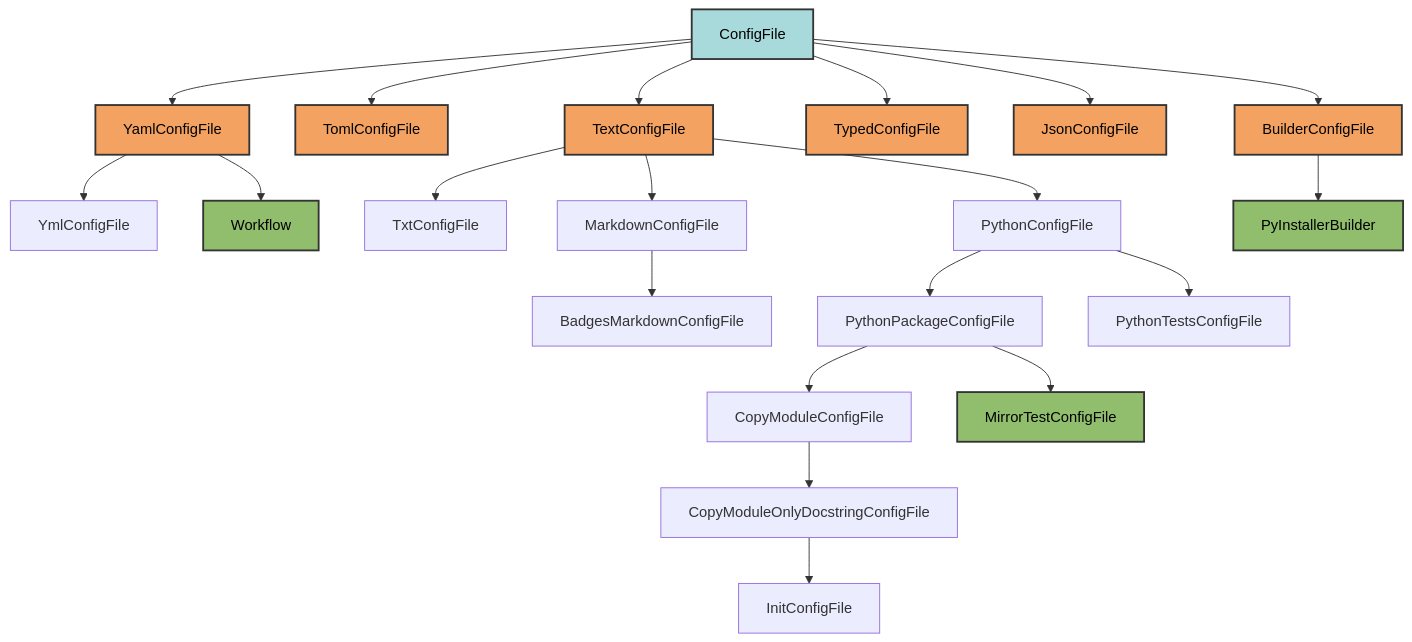
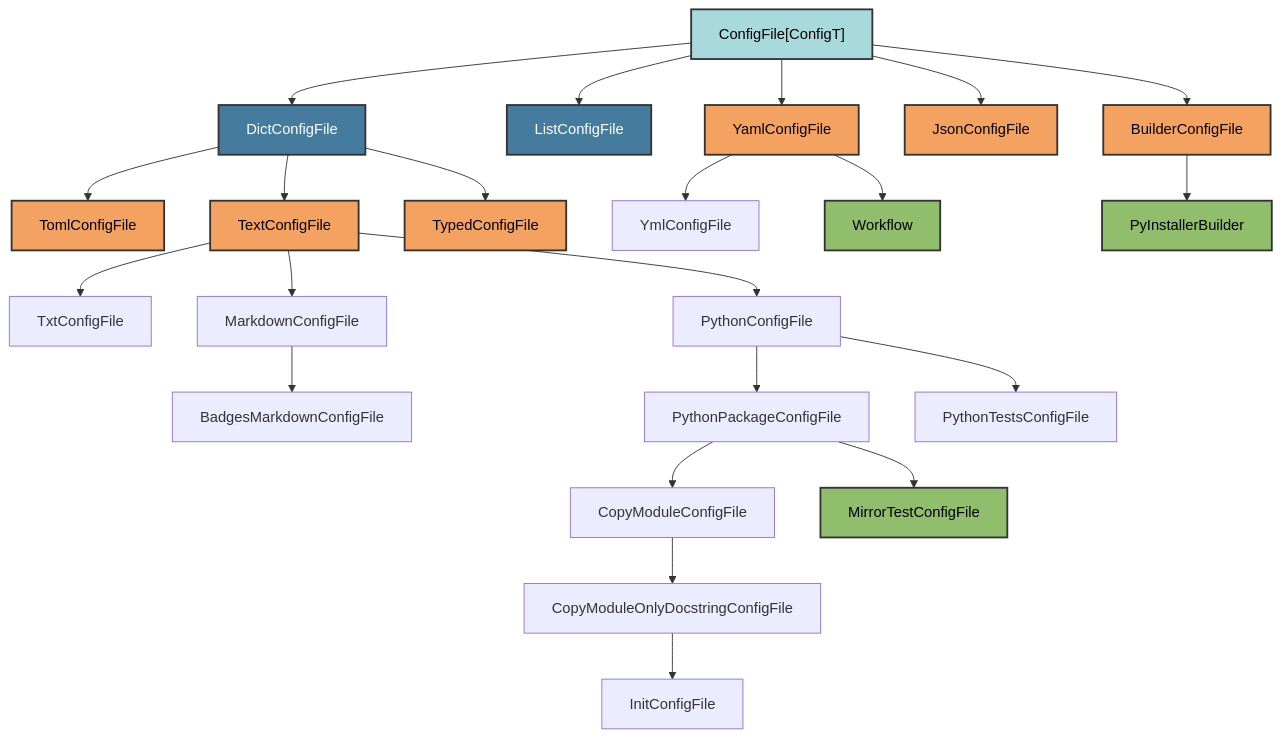
One commit to Winipedia/pyrig changed the first of 3 diagrams in docs/configs/architecture.md. Above: the diagram before and after it, drawn with Mermaid. The commit also changed other lines of this file and 21 other files, not shown here.

````diff
--- a/docs/configs/architecture.md
+++ b/docs/configs/architecture.md
@@ -18,39 +18,44 @@
 ```mermaid
 graph TD
-    A[ConfigFile] --> B[YamlConfigFile]
-    A --> C[TomlConfigFile]
-    A --> D[TextConfigFile]
-    A --> E[TypedConfigFile]
+    A["ConfigFile[ConfigT]"] --> H[DictConfigFile]
+    A --> I[ListConfigFile]
+    A --> B[YamlConfigFile]
     A --> F[JsonConfigFile]
     A --> G[BuilderConfigFile]
+
+    H --> C[TomlConfigFile]
+    H --> D[TextConfigFile]
+    H --> E[TypedConfigFile]
 
     B --> B1[YmlConfigFile]
     B --> B2[Workflow]
 
     D --> D1[TxtConfigFile]
     D --> D2[MarkdownConfigFile]
     D --> D3[PythonConfigFile]
 
     D2 --> D2A[BadgesMarkdownConfigFile]
 
     D3 --> D3A[PythonPackageConfigFile]
     D3 --> D3B[PythonTestsConfigFile]
 
     D3A --> D3A1[CopyModuleConfigFile]
     D3A --> D3A2[MirrorTestConfigFile]
     D3A1 --> D3A1A[CopyModuleOnlyDocstringConfigFile]
     D3A1A --> D3A1A1[InitConfigFile]
 
     G --> G1[PyInstallerBuilder]
 
     style A fill:#a8dadc,stroke:#333,stroke-width:2px,color:#000
+    style H fill:#457b9d,stroke:#333,stroke-width:2px,color:#fff
+    style I fill:#457b9d,stroke:#333,stroke-width:2px,color:#fff
     style B fill:#f4a261,stroke:#333,stroke-width:2px,color:#000
     style C fill:#f4a261,stroke:#333,stroke-width:2px,color:#000
     style D fill:#f4a261,stroke:#333,stroke-width:2px,color:#000
     style E fill:#f4a261,stroke:#333,stroke-width:2px,color:#000
     style F fill:#f4a261,stroke:#333,stroke-width:2px,color:#000
     style G fill:#f4a261,stroke:#333,stroke-width:2px,color:#000
     style B2 fill:#90be6d,stroke:#333,stroke-width:2px,color:#000
     style D3A2 fill:#90be6d,stroke:#333,stroke-width:2px,color:#000
     style G1 fill:#90be6d,stroke:#333,stroke-width:2px,color:#000
 ```
````
